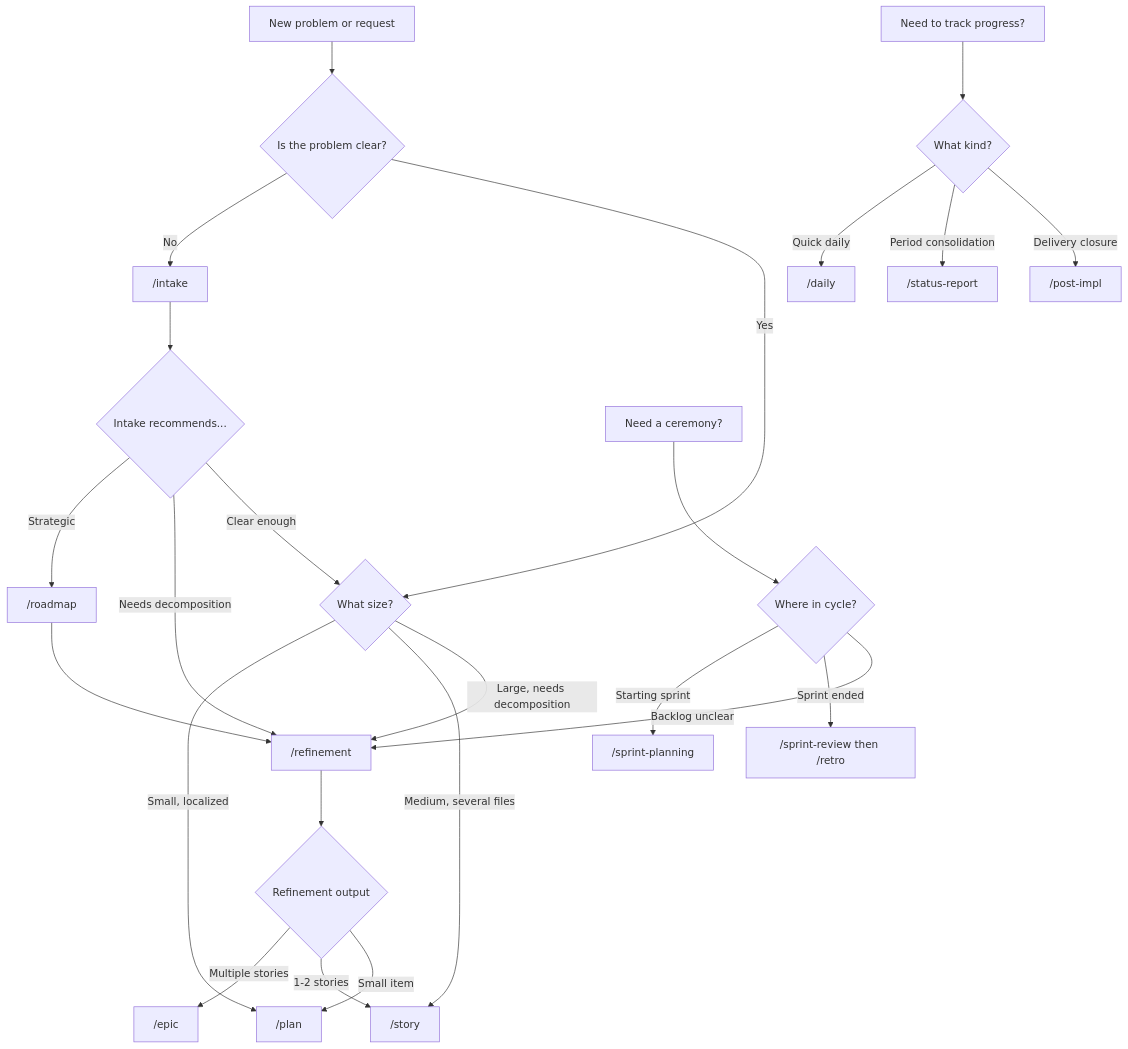
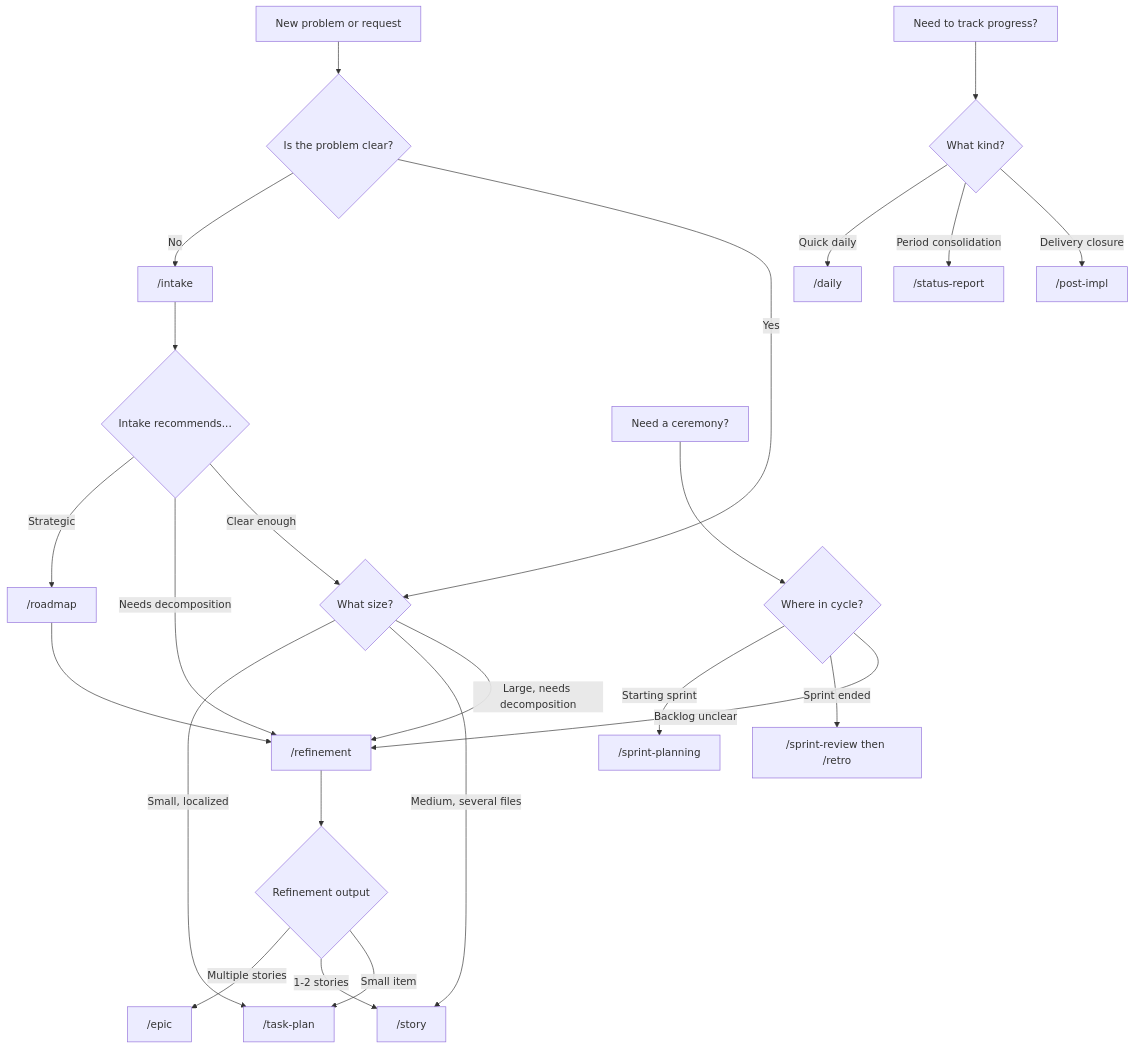
The diagram in docs/agile/guides/getting-started.md (djalmajr/essential-skills), drawn with Mermaid before and after one commit. The commit also changed other lines of this file and 29 other files, not shown here.

First line of the commit message:
Rename agile-plan to agile-task-plan, remove all sizing codes

````diff
--- a/docs/agile/guides/getting-started.md
+++ b/docs/agile/guides/getting-started.md
@@ -13,28 +13,28 @@
 ```mermaid
 flowchart TD
     A[New problem or request] --> B{Is the problem clear?}
     B -- No --> C["/intake"]
     B -- Yes --> D{What size?}
-    D -- Small, localized --> E["/plan"]
+    D -- Small, localized --> E["/task-plan"]
     D -- Medium, several files --> F["/story"]
     D -- Large, needs decomposition --> J
     C --> H{Intake recommends...}
     H -- Strategic --> I["/roadmap"]
     I --> J["/refinement"]
     H -- Needs decomposition --> J
     H -- Clear enough --> D
     J --> G{Refinement output}
     G -- Multiple stories --> K["/epic"]
     G -- 1-2 stories --> F
     G -- Small item --> E
 
     L[Need to track progress?] --> M{What kind?}
     M -- Quick daily --> N["/daily"]
     M -- Period consolidation --> O["/status-report"]
     M -- Delivery closure --> P["/post-impl"]
 
     Q[Need a ceremony?] --> R{Where in cycle?}
     R -- Starting sprint --> S["/sprint-planning"]
     R -- Sprint ended --> T["/sprint-review then /retro"]
     R -- Backlog unclear --> J
 ```
````
